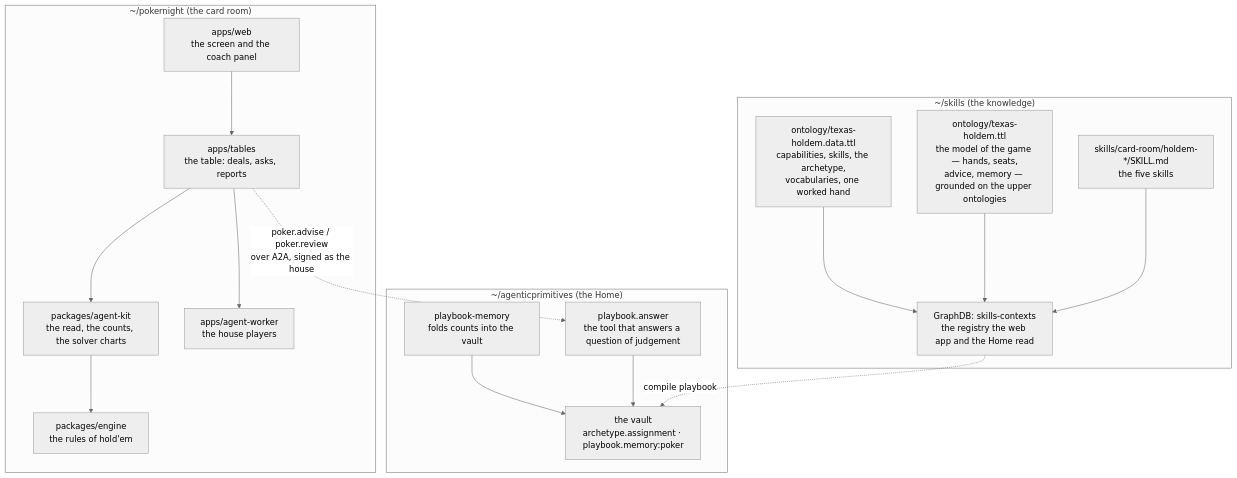
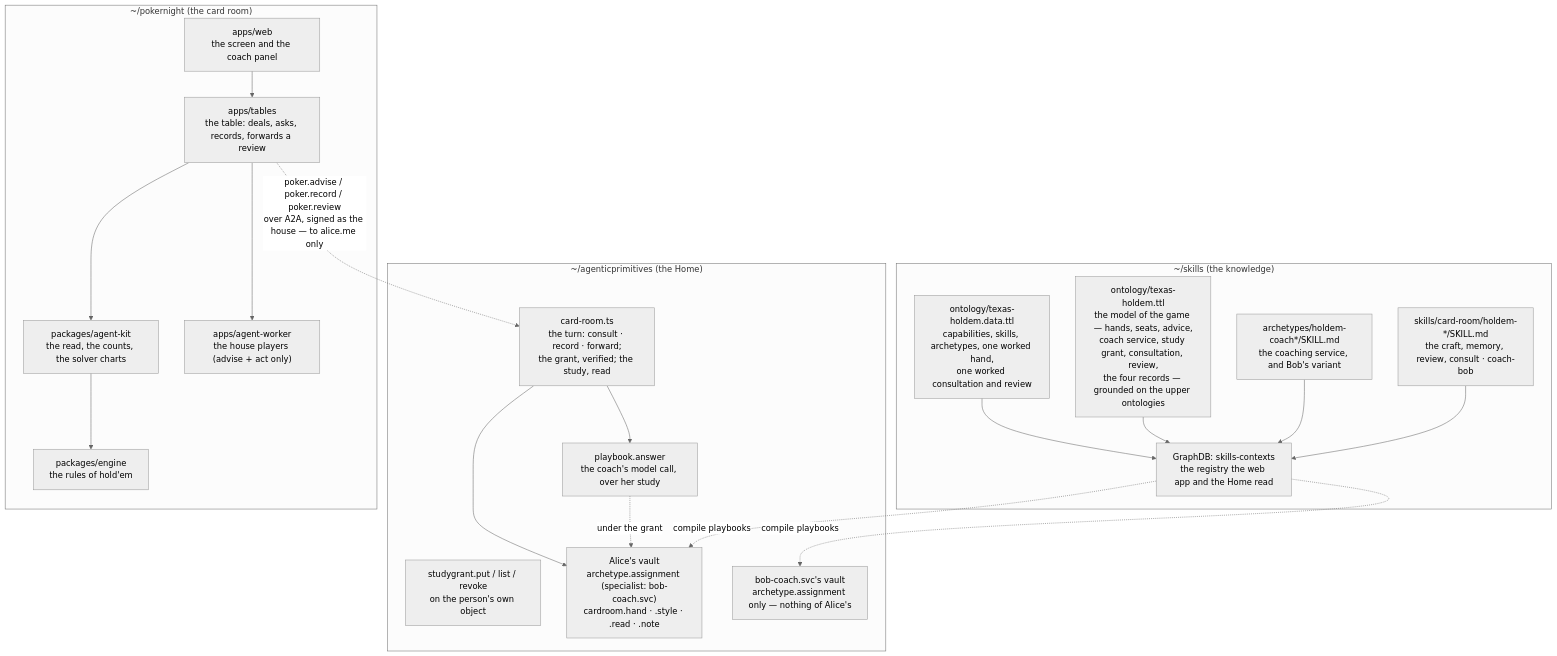
The fifth of 5 diagrams in docs/ARCHITECTURE-ADVISER.md (agentictrustlabs/pokernight), drawn with Mermaid (neutral theme) before and after one commit. The commit also changed other lines of this file and 23 other files, not shown here.

````diff
--- a/docs/ARCHITECTURE-ADVISER.md
+++ b/docs/ARCHITECTURE-ADVISER.md
@@ -165,31 +199,37 @@
 ```mermaid
 flowchart TB
     subgraph SK["~/skills  (the knowledge)"]
-        S1["skills/card-room/holdem-*/SKILL.md<br/>the five skills"]
-        S2["ontology/texas-holdem.ttl<br/>the model of the game — hands, seats,<br/>advice, memory — grounded on the upper ontologies"]
-        S3["ontology/texas-holdem.data.ttl<br/>capabilities, skills, the archetype,<br/>vocabularies, one worked hand"]
-        S4["GraphDB: skills-contexts<br/>the registry the web app and the Home read"]
-        S1 --> S4
-        S2 --> S4
-        S3 --> S4
+        S1["skills/card-room/holdem-*/SKILL.md<br/>the craft, memory, review, consult · coach-bob"]
+        S2["archetypes/holdem-coach*/SKILL.md<br/>the coaching service, and Bob's variant"]
+        S3["ontology/texas-holdem.ttl<br/>the model of the game — hands, seats, advice,<br/>coach service, study grant, consultation, review,<br/>the four records — grounded on the upper ontologies"]
+        S4["ontology/texas-holdem.data.ttl<br/>capabilities, skills, archetypes, one worked hand,<br/>one worked consultation and review"]
+        S5["GraphDB: skills-contexts<br/>the registry the web app and the Home read"]
+        S1 --> S5
+        S2 --> S5
+        S3 --> S5
+        S4 --> S5
     end
     subgraph AP["~/agenticprimitives  (the Home)"]
-        A1["playbook.answer<br/>the tool that answers a question of judgement"]
-        A2["playbook-memory<br/>folds counts into the vault"]
-        A3["the vault<br/>archetype.assignment · playbook.memory:poker"]
+        A0["card-room.ts<br/>the turn: consult · record · forward;<br/>the grant, verified; the study, read"]
+        A1["playbook.answer<br/>the coach's model call, over her study"]
+        A2["studygrant.put / list / revoke<br/>on the person's own object"]
+        A3["Alice's vault<br/>archetype.assignment (specialist: bob-coach.svc)<br/>cardroom.hand · .style · .read · .note"]
+        A4["bob-coach.svc's vault<br/>archetype.assignment only — nothing of Alice's"]
     end
     subgraph PN["~/pokernight  (the card room)"]
         P1["packages/engine<br/>the rules of hold'em"]
         P2["packages/agent-kit<br/>the read, the counts, the solver charts"]
-        P3["apps/tables<br/>the table: deals, asks, reports"]
+        P3["apps/tables<br/>the table: deals, asks, records, forwards a review"]
         P4["apps/web<br/>the screen and the coach panel"]
-        P5["apps/agent-worker<br/>the house players"]
+        P5["apps/agent-worker<br/>the house players (advise + act only)"]
     end
-    S4 -. "compile playbook" .-> A3
-    P3 -. "poker.advise / poker.review<br/>over A2A, signed as the house" .-> A1
-    A1 --> A3
-    A2 --> A3
+    S5 -. "compile playbooks" .-> A3
+    S5 -. "compile playbooks" .-> A4
+    P3 -. "poker.advise / poker.record / poker.review<br/>over A2A, signed as the house — to alice.me only" .-> A0
+    A0 --> A1
+    A1 -. "under the grant" .-> A3
+    A0 --> A3
     P4 --> P3
     P3 --> P2 --> P1
     P3 --> P5
 ```
````
